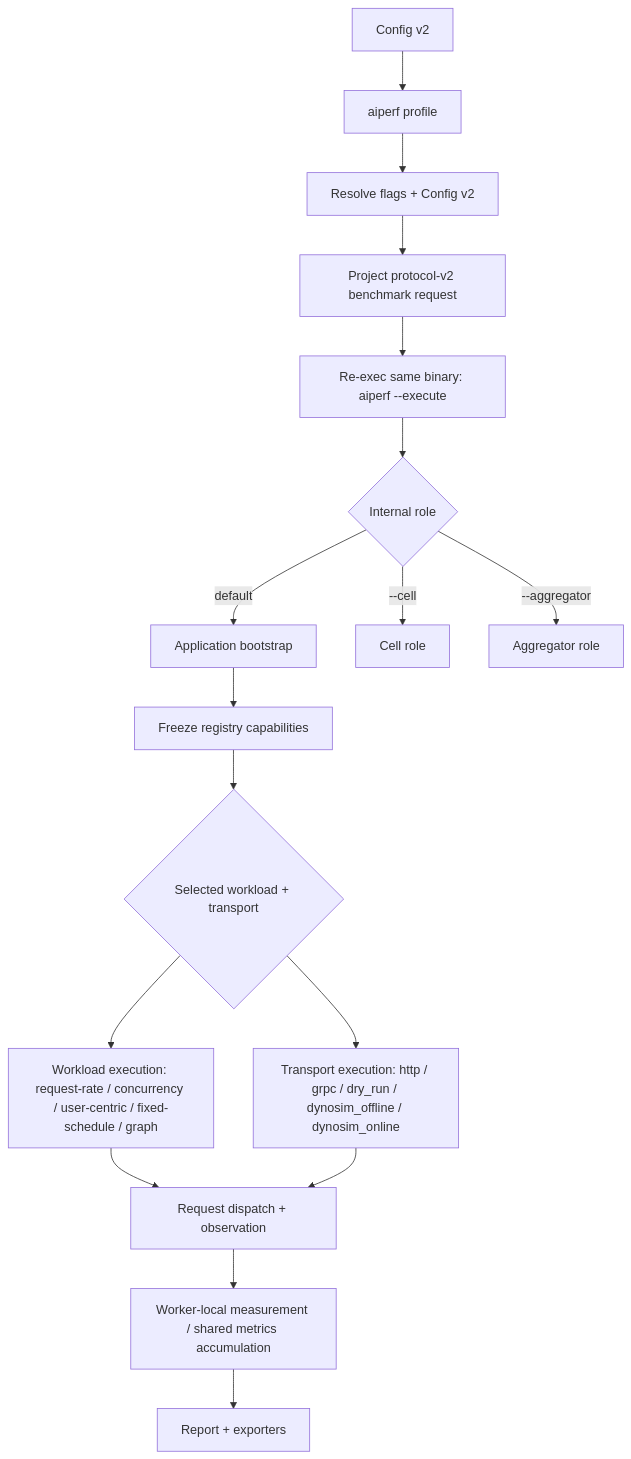
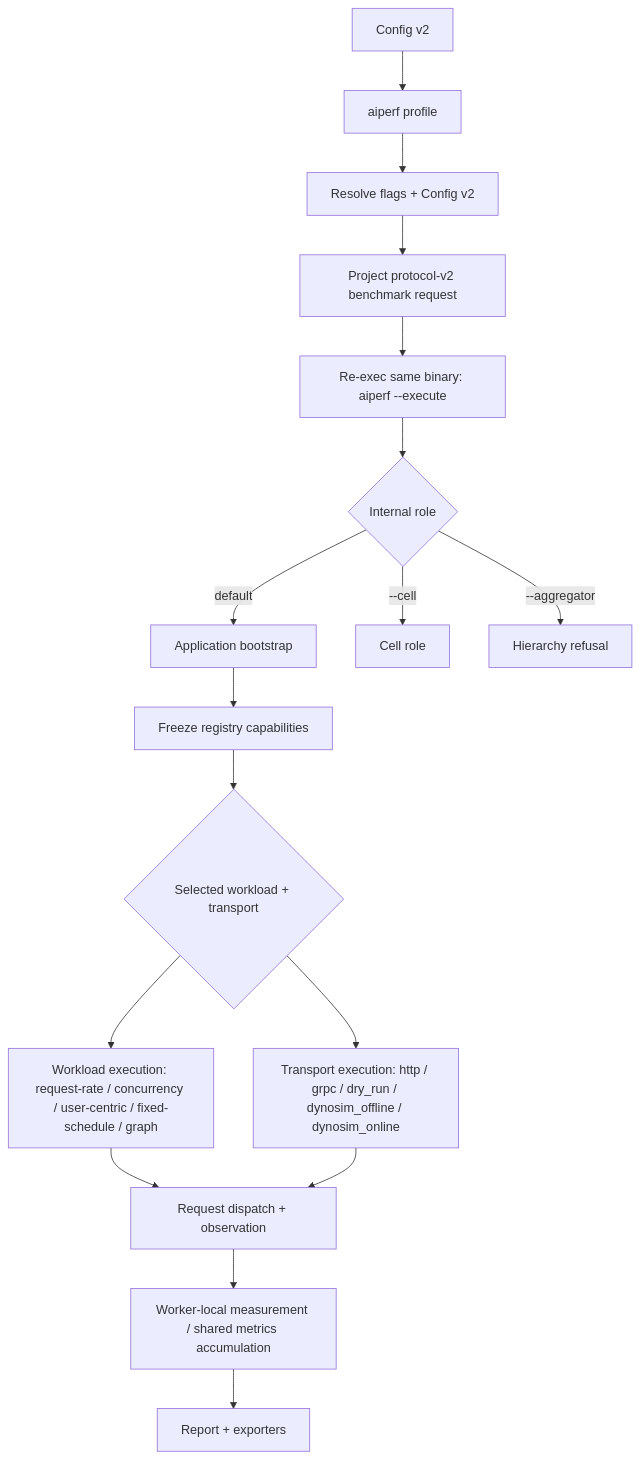
One commit to ai-dynamo/aiperf changed the diagram in docs/diagrams/rust/execution-path.mmd. Above: the diagram before and after it, drawn with Mermaid. The commit also changed 45 other files, not shown here.

```diff
--- a/docs/diagrams/rust/execution-path.mmd
+++ b/docs/diagrams/rust/execution-path.mmd
@@ -1,21 +1,21 @@
 flowchart TD
     CONFIG["Config v2"] --> PROFILE["aiperf profile"]
     PROFILE --> LOAD["Resolve flags + Config v2"]
     LOAD --> PROJECT["Project protocol-v2 benchmark request"]
     PROJECT --> EXEC["Re-exec same binary: aiperf --execute"]
     EXEC --> ROLE{"Internal role"}
 
     ROLE -->|"default"| APP["Application bootstrap"]
     ROLE -->|"--cell"| CELL["Cell role"]
-    ROLE -->|"--aggregator"| AGG["Aggregator role"]
+    ROLE -->|"--aggregator"| AGG["Hierarchy refusal"]
 
     APP --> FREEZE["Freeze registry capabilities"]
     FREEZE --> SELECT{"Selected workload + transport"}
 
     SELECT --> WORKLOAD["Workload execution: request-rate / concurrency / user-centric / fixed-schedule / graph"]
     SELECT --> TRANSPORT["Transport execution: http / grpc / dry_run / dynosim_offline / dynosim_online"]
 
     WORKLOAD --> DISPATCH["Request dispatch + observation"]
     TRANSPORT --> DISPATCH
     DISPATCH --> METRICS["Worker-local measurement / shared metrics accumulation"]
     METRICS --> EXPORT["Report + exporters"]
```
